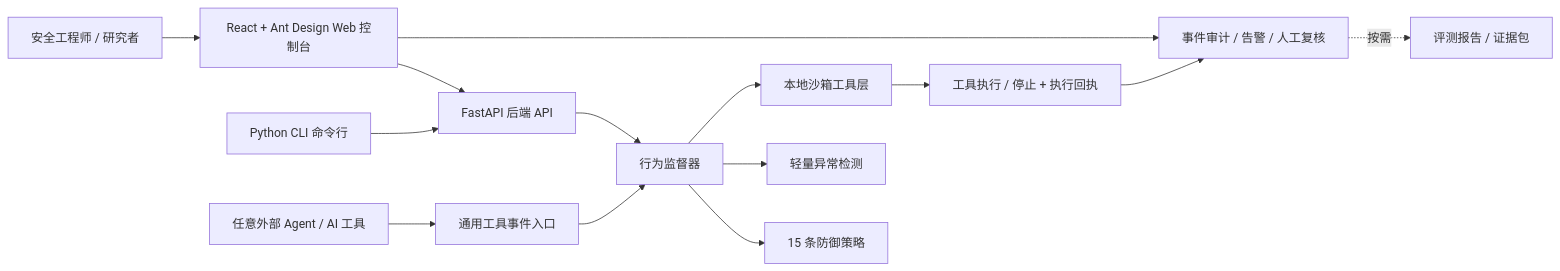
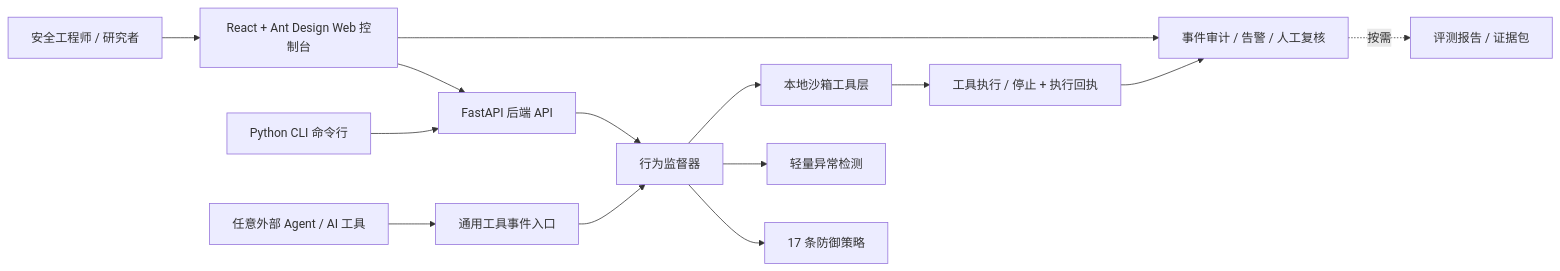
Before and after one commit to Chengxiaoyu1119/AgentBulwark: the first of 2 diagrams in README.md, drawn with Mermaid. The commit also changed other lines of this file and 217 other files, not shown here.

````diff
--- a/README.md
+++ b/README.md
@@ -74,16 +79,16 @@
 ```mermaid
 flowchart LR
   User["安全工程师 / 研究者"] --> UI["React + Ant Design Web 控制台"]
   UI --> API["FastAPI 后端 API"]
   CLI["Python CLI 命令行"] --> API
   External["任意外部 Agent / AI 工具"] --> Gateway["通用工具事件入口"]
   Gateway --> Supervisor["行为监督器"]
   API --> Supervisor
-  Supervisor --> Policies["15 条防御策略"]
+  Supervisor --> Policies["17 条防御策略"]
   Supervisor --> Anomaly["轻量异常检测"]
   Supervisor --> Sandbox["本地沙箱工具层"]
   Sandbox --> Receipt["工具执行 / 停止 + 执行回执"]
   Receipt --> Audit["事件审计 / 告警 / 人工复核"]
   Audit -.按需.-> Evidence["评测报告 / 证据包"]
   UI --> Audit
 ```
````
